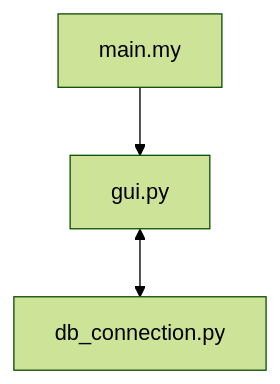
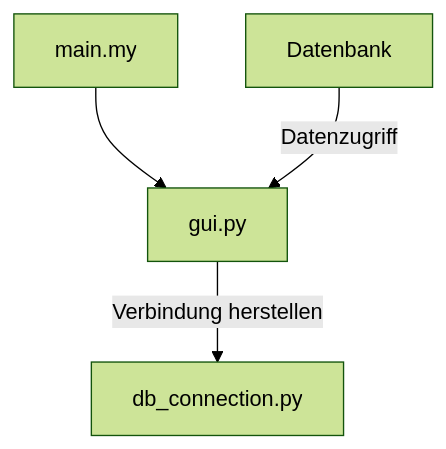
Before and after one commit to SebastianChristen/rent-a-room: the diagram in README.md, drawn with Mermaid (forest theme). The commit also changed other lines of this file, not shown here.

````diff
--- a/README.md
+++ b/README.md
@@ -199,5 +197,8 @@
 ```mermaid
 graph TD;
-      main.my --> gui.py;
-      gui.py <--> db_connection.py;
+    main.my --> gui.py;
+    gui.py -->|Verbindung herstellen| db_connection.py;
+    classDef dbClass fill:#f9f,stroke:#333,stroke-width:2px;
+    class Database dbClass
+    Database["Datenbank"] -->|Datenzugriff| gui.py
 ```
````
